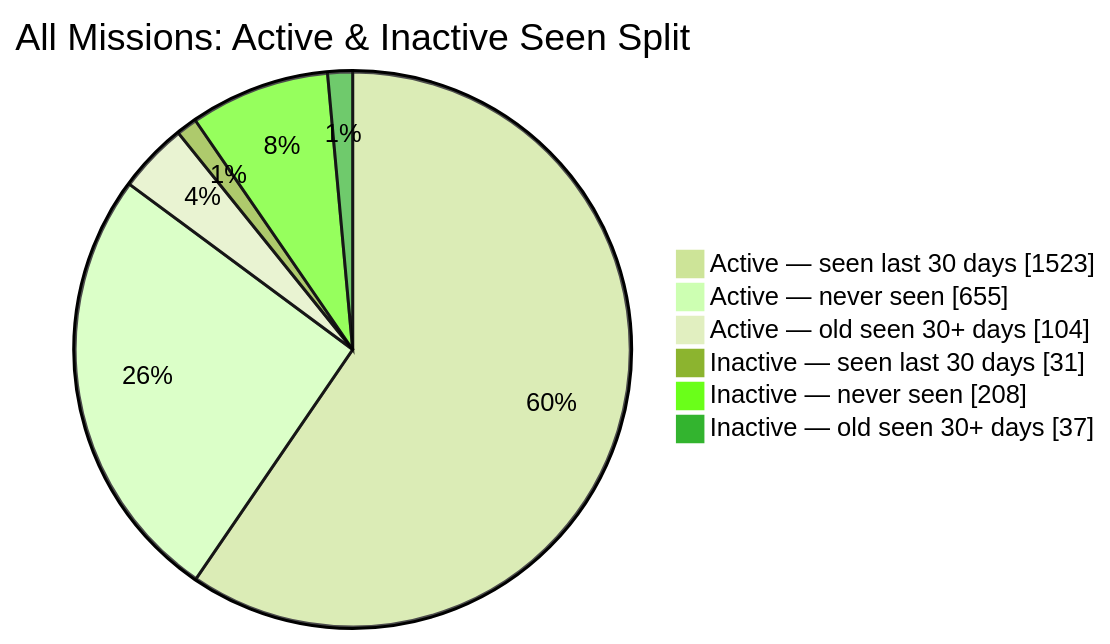
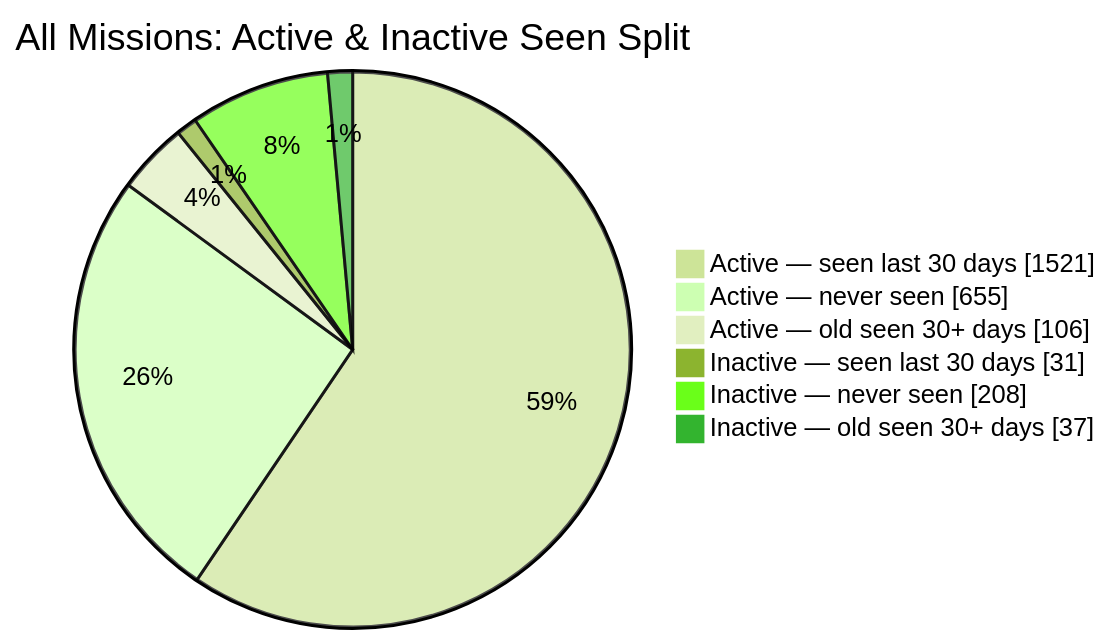
One commit to MeldkamerspelGameTeam/active-missions changed the second of 2 diagrams in README.md. Above: the diagram before and after it, drawn with Mermaid (forest theme). The commit also changed other lines of this file and 2 other files, not shown here.

````diff
--- a/README.md
+++ b/README.md
@@ -44,10 +44,10 @@
 ```mermaid
 pie showData
     title All Missions: Active & Inactive Seen Split
-    "Active — seen last 30 days" : 1523
+    "Active — seen last 30 days" : 1521
     "Active — never seen" : 655
-    "Active — old seen 30+ days" : 104
+    "Active — old seen 30+ days" : 106
     "Inactive — seen last 30 days" : 31
     "Inactive — never seen" : 208
     "Inactive — old seen 30+ days" : 37
 ```
````
